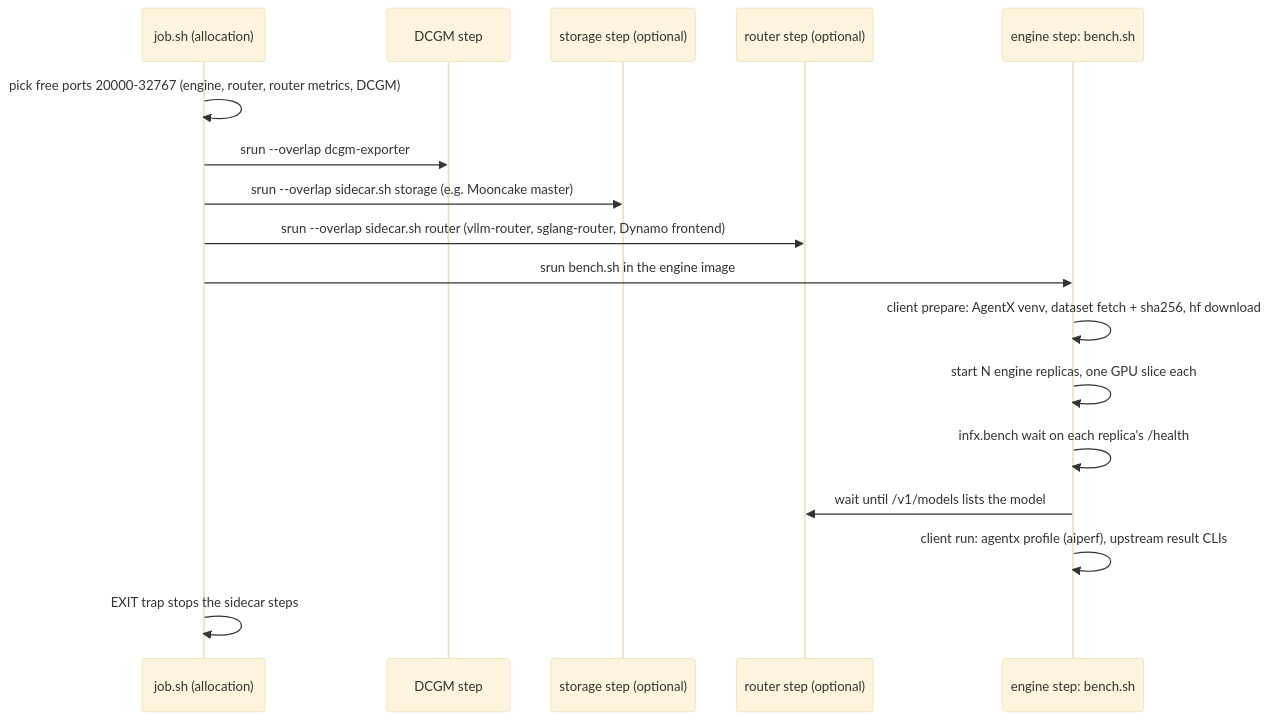
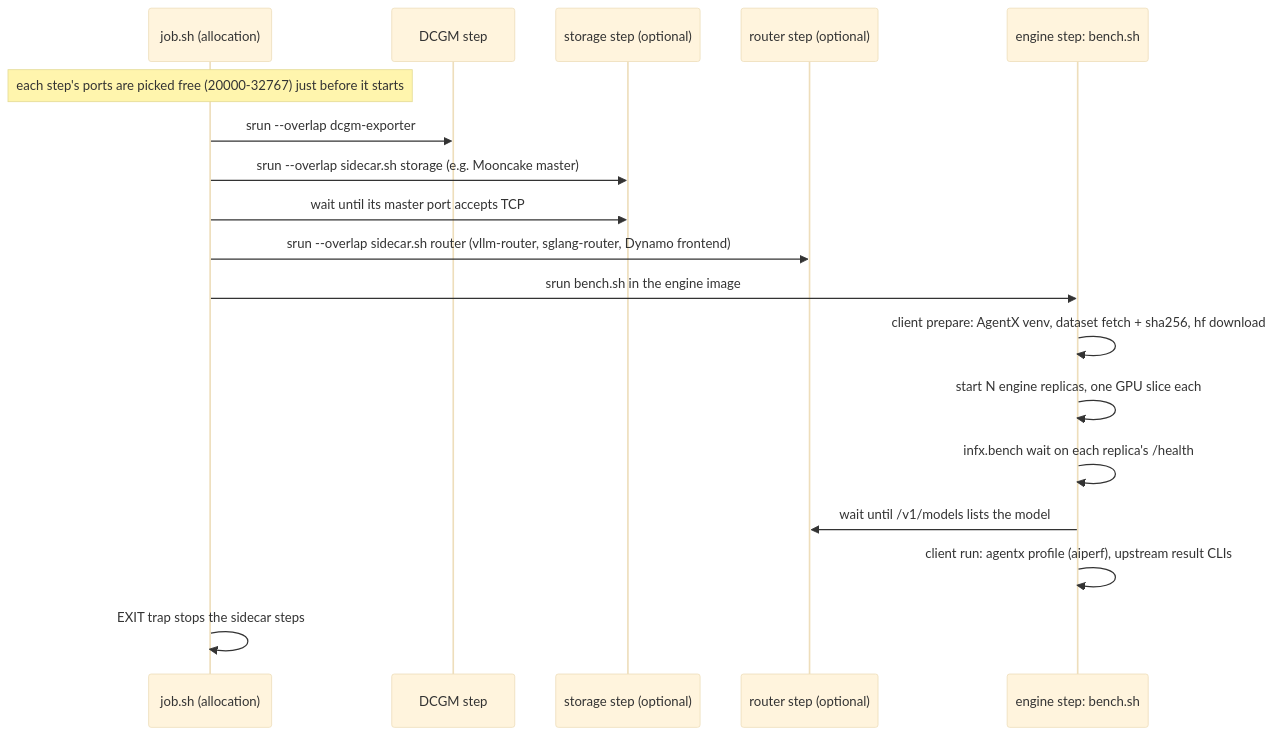
Before and after one commit to SemiAnalysisAI/InferenceX: the second of 3 diagrams in inferencex-e2e/docs/serving/ARCHITECTURE.md, drawn with Mermaid (base theme). The commit also changed other lines of this file, not shown here.

Commit message:
docs(serving): ARCHITECTURE describes workloads and nodes generically; fix claims that drifted from the code

````diff
--- a/inferencex-e2e/docs/serving/ARCHITECTURE.md
+++ b/inferencex-e2e/docs/serving/ARCHITECTURE.md
@@ -45,19 +52,20 @@
 ```mermaid
 sequenceDiagram
     participant J as job.sh (allocation)
     participant G as DCGM step
     participant St as storage step (optional)
     participant Ro as router step (optional)
     participant E as engine step: bench.sh
-    J->>J: pick free ports 20000-32767 (engine, router, router metrics, DCGM)
+    Note over J: each step's ports are picked free (20000-32767) just before it starts
     J->>G: srun --overlap dcgm-exporter
     J->>St: srun --overlap sidecar.sh storage (e.g. Mooncake master)
+    J->>St: wait until its master port accepts TCP
     J->>Ro: srun --overlap sidecar.sh router (vllm-router, sglang-router, Dynamo frontend)
     J->>E: srun bench.sh in the engine image
     E->>E: client prepare: AgentX venv, dataset fetch + sha256, hf download
     E->>E: start N engine replicas, one GPU slice each
     E->>E: infx.bench wait on each replica's /health
     E->>Ro: wait until /v1/models lists the model
     E->>E: client run: agentx profile (aiperf), upstream result CLIs
     J->>J: EXIT trap stops the sidecar steps
 ```
````
